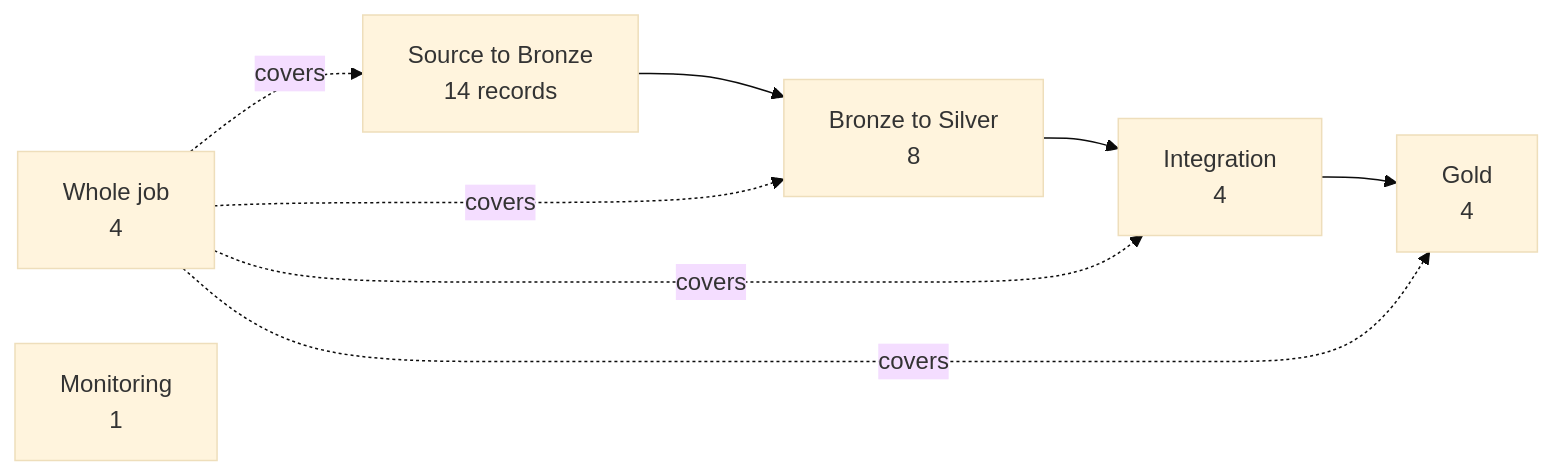
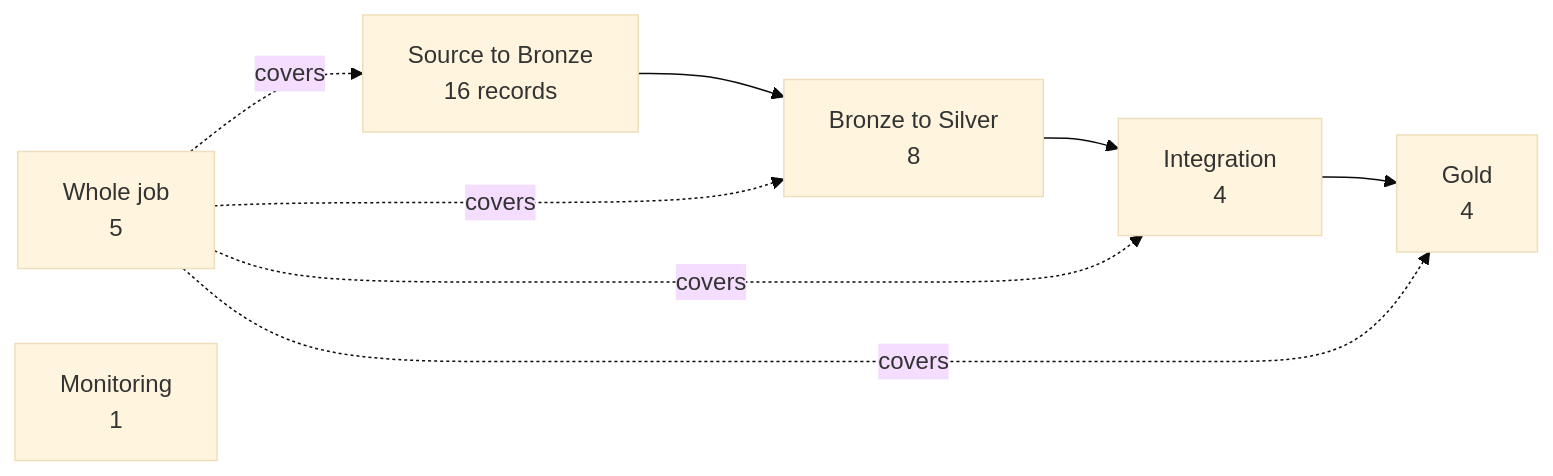
One commit to hyenalouise/edu-access-sandbox changed the diagram in evidence/pipeline-runs/README.md. Above: the diagram before and after it, drawn with Mermaid (base theme). The commit also changed 1 other file, not shown here.

Commit message:
Point the README at the merged runbook and bring its status up to date
The README still called the runbook in review under #212, which has merged, and its status counted 8 sources through Bronze. It now links docs/operations/runbook.md, counts 9 sources through Bronze and 8 through Silver while the school-coordinates Silver lane is off (#218), and lists the coordinates Bronze run and the local failure-recovery rehearsal. The pipeline-runs diagram now counts the 16 Source to Bronze and 5 whole-job records its tables list.

````diff
--- a/evidence/pipeline-runs/README.md
+++ b/evidence/pipeline-runs/README.md
@@ -5,6 +5,6 @@
 ```mermaid
 flowchart LR
-    bronze[Source to Bronze<br/>14 records] --> silver[Bronze to Silver<br/>8] --> integration[Integration<br/>4] --> gold[Gold<br/>4]
-    whole[Whole job<br/>4] -.covers.-> bronze & silver & integration & gold
+    bronze[Source to Bronze<br/>16 records] --> silver[Bronze to Silver<br/>8] --> integration[Integration<br/>4] --> gold[Gold<br/>4]
+    whole[Whole job<br/>5] -.covers.-> bronze & silver & integration & gold
     monitoring[Monitoring<br/>1]
 ```
````
